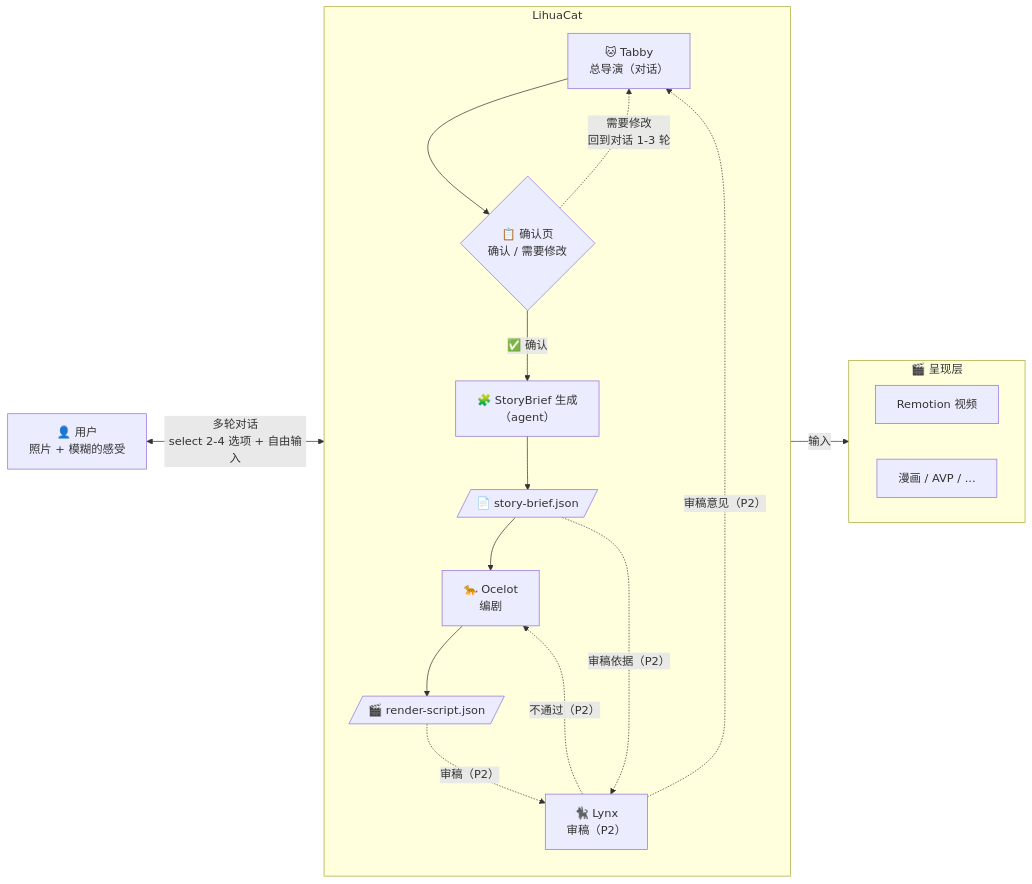
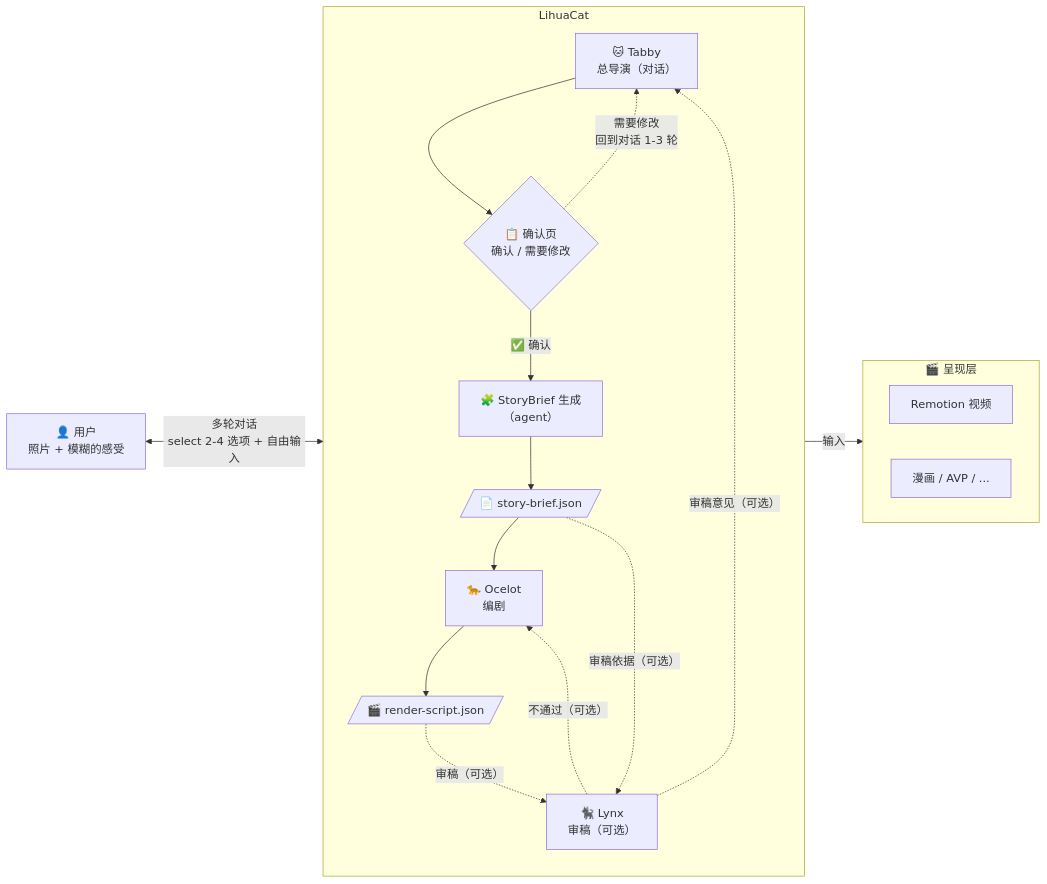
The first of 2 diagrams in .github/docs/LihuaCat未来.md (chiimagnus/LihuaCat), drawn with Mermaid before and after one commit. The commit also changed other lines of this file and 5 other files, not shown here.

````diff
--- a/.github/docs/LihuaCat未来.md
+++ b/.github/docs/LihuaCat未来.md
@@ -111,35 +111,35 @@
 ```mermaid
 flowchart LR
     User["👤 用户<br>照片 + 模糊的感受"]
 
     subgraph Core ["LihuaCat"]
         direction TB
         Tabby["🐱 Tabby<br>总导演（对话）"]
         Confirm{"📋 确认页<br>确认 / 需要修改"}
         BriefGen["🧩 StoryBrief 生成<br>（agent）"]
         Ocelot["🐆 Ocelot<br>编剧"]
-        Lynx["🐈‍⬛ Lynx<br>审稿（P2）"]
+        Lynx["🐈‍⬛ Lynx<br>审稿（可选）"]
         Brief[/"📄 story-brief.json"/]
         RS[/"🎬 render-script.json"/]
     end
 
     User <-->|"多轮对话<br>select 2-4 选项 + 自由输入"| Tabby
     Tabby --> Confirm
     Confirm -.->|"需要修改<br>回到对话 1-3 轮"| Tabby
     Confirm -->|"✅ 确认"| BriefGen
     BriefGen --> Brief
     Brief --> Ocelot
     Ocelot --> RS
-    RS -.->|"审稿（P2）"| Lynx
-    Brief -.->|"审稿依据（P2）"| Lynx
-    Lynx -.->|"审稿意见（P2）"| Tabby
-    Lynx -.->|"不通过（P2）"| Ocelot
+    RS -.->|"审稿（可选）"| Lynx
+    Brief -.->|"审稿依据（可选）"| Lynx
+    Lynx -.->|"审稿意见（可选）"| Tabby
+    Lynx -.->|"不通过（可选）"| Ocelot
 
     subgraph Render ["🎬 呈现层"]
         direction LR
         R1["Remotion 视频"]
         R2["漫画 / AVP / ..."]
     end
 
     RS -->|"输入"| Render
 ```
````
